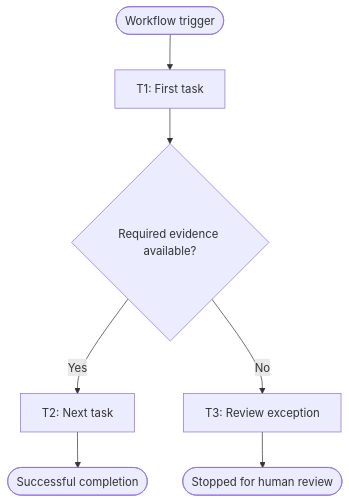
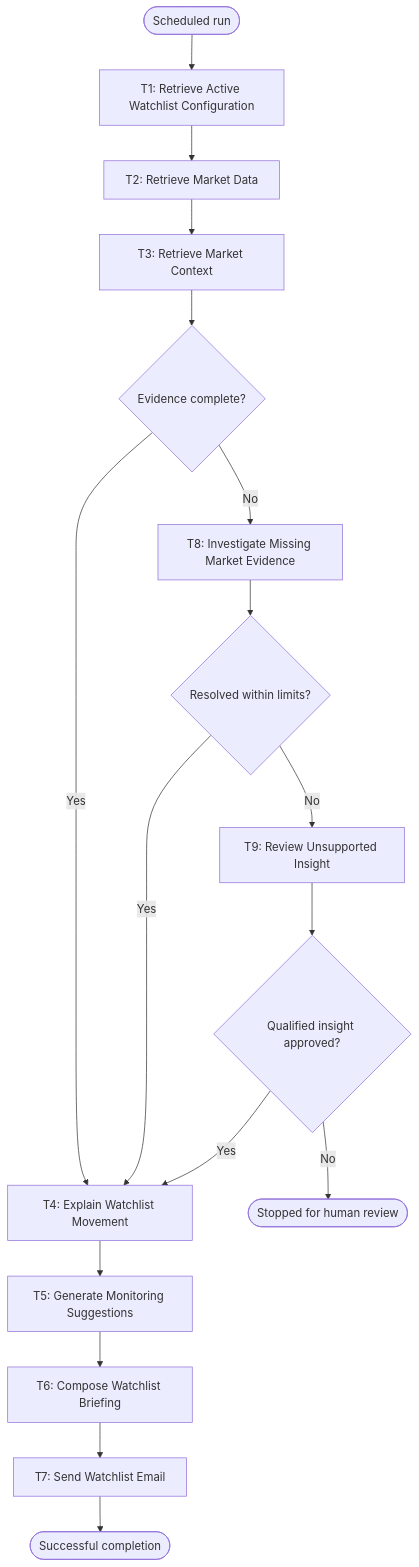
The diagram in our_team_agent/agent/workflow-of-tasks.md (mbuddhal/BUS4498_Team_Build), drawn with Mermaid before and after one commit. The commit also changed other lines of this file, not shown here.

First line of the commit message:
Expand workflow details and exception handling

````diff
--- a/our_team_agent/agent/workflow-of-tasks.md
+++ b/our_team_agent/agent/workflow-of-tasks.md
@@ -27,9 +35,19 @@
 ```mermaid
 flowchart TD
-    START([Workflow trigger]) --> T1["T1: First task"]
-    T1 --> D1{"Required evidence available?"}
-    D1 -->|Yes| T2["T2: Next task"]
-    D1 -->|No| T3["T3: Review exception"]
-    T2 --> END([Successful completion])
-    T3 --> HANDOFF([Stopped for human review])
+    START([Scheduled run]) --> T1["T1: Retrieve Active Watchlist Configuration"]
+    T1 --> T2["T2: Retrieve Market Data"]
+    T2 --> T3["T3: Retrieve Market Context"]
+    T3 --> D1{"Evidence complete?"}
+    D1 -->|Yes| T4["T4: Explain Watchlist Movement"]
+    D1 -->|No| T8["T8: Investigate Missing Market Evidence"]
+    T8 --> D2{"Resolved within limits?"}
+    D2 -->|Yes| T4
+    D2 -->|No| T9["T9: Review Unsupported Insight"]
+    T9 --> D3{"Qualified insight approved?"}
+    D3 -->|Yes| T4
+    D3 -->|No| HANDOFF([Stopped for human review])
+    T4 --> T5["T5: Generate Monitoring Suggestions"]
+    T5 --> T6["T6: Compose Watchlist Briefing"]
+    T6 --> T7["T7: Send Watchlist Email"]
+    T7 --> END([Successful completion])
 ```
````
